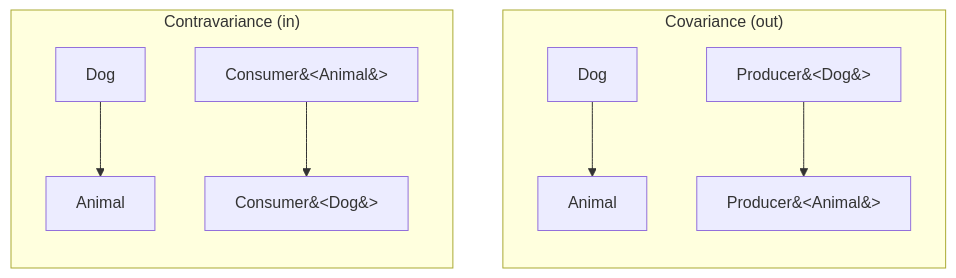
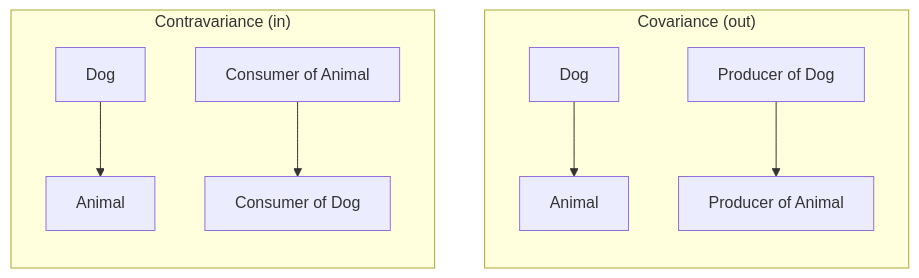
Before and after one commit to choesimin/choesimin.github.io: the diagram in collections/_notes/language/kotlin/generics.md, drawn with Mermaid. The commit also changed other lines of this file and 2 other files, not shown here.

````diff
--- a/collections/_notes/language/kotlin/generics.md
+++ b/collections/_notes/language/kotlin/generics.md
@@ -266,14 +268,14 @@
 ```mermaid
 flowchart TD
     subgraph Covariance["Covariance (out)"]
         direction TB
         Dog1[Dog] --> Animal1[Animal]
-        PD["Producer&#60;Dog&#62;"] --> PA["Producer&#60;Animal&#62;"]
+        PD[Producer of Dog] --> PA[Producer of Animal]
     end
 
     subgraph Contravariance["Contravariance (in)"]
         direction TB
         Dog2[Dog] --> Animal2[Animal]
-        CA["Consumer&#60;Animal&#62;"] --> CD["Consumer&#60;Dog&#62;"]
+        CA[Consumer of Animal] --> CD[Consumer of Dog]
     end
 ```
````
